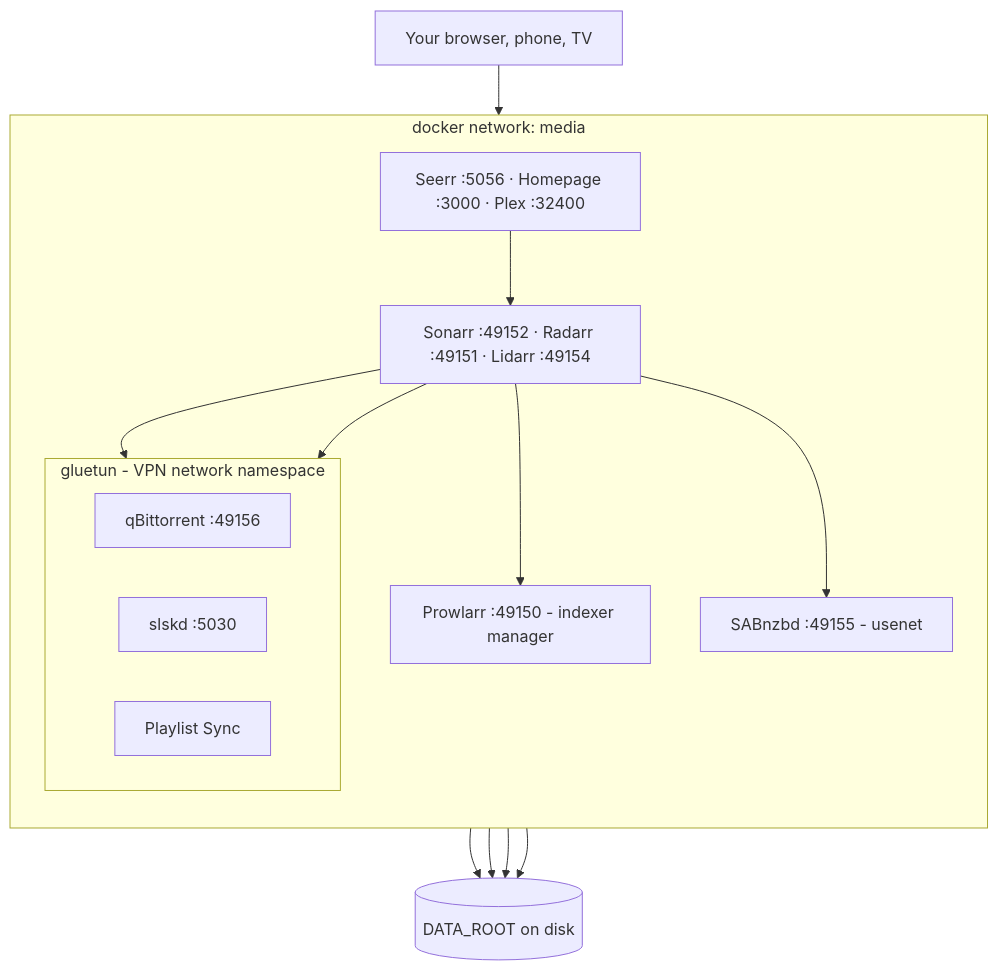
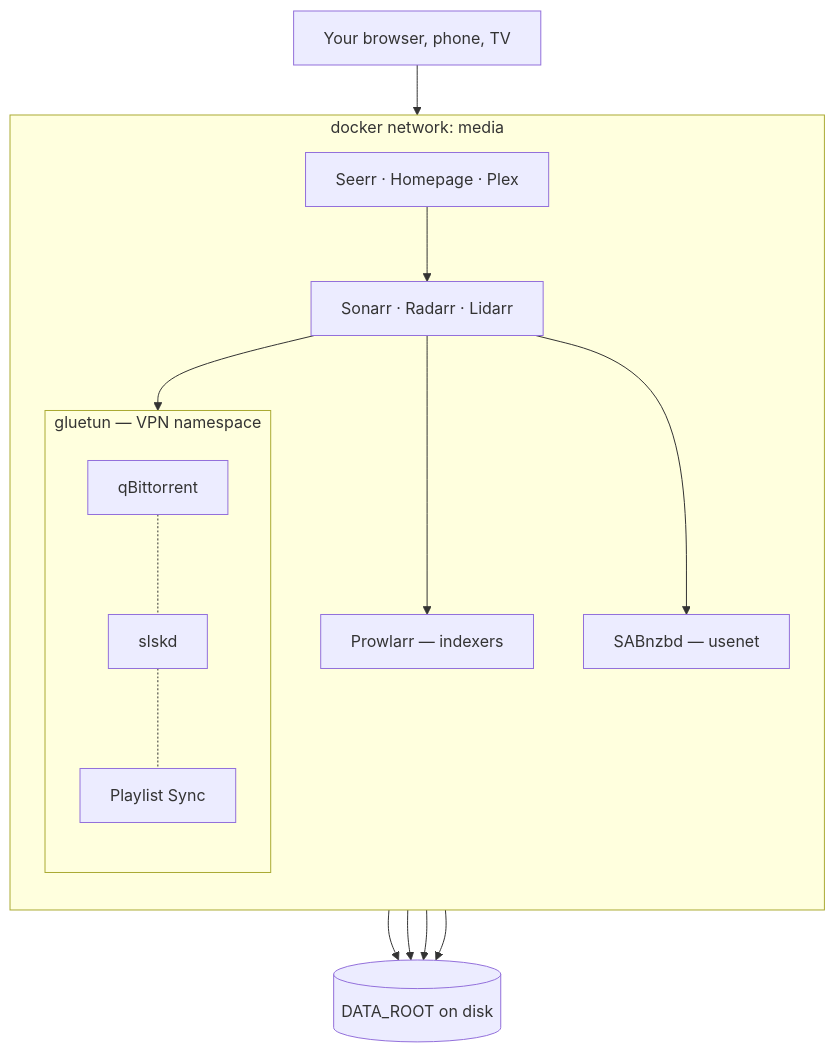
Before and after one commit to defessler/Mediarr-Installer: the first of 7 diagrams in site/content/architecture.md, drawn with Mermaid. The commit also changed other lines of this file and 5 other files, not shown here.

````diff
--- a/site/content/architecture.md
+++ b/site/content/architecture.md
@@ -19,32 +19,33 @@
 ```mermaid
 flowchart TB
   browser["Your browser, phone, TV"]
 
   subgraph media["docker network: media"]
     direction TB
-    front["Seerr :5056 · Homepage :3000 · Plex :32400"]
-    arrs["Sonarr :49152 · Radarr :49151 · Lidarr :49154"]
-    prowlarr["Prowlarr :49150 - indexer manager"]
-    sab["SABnzbd :49155 - usenet"]
+    front["Seerr · Homepage · Plex"]
+    arrs["Sonarr · Radarr · Lidarr"]
+    prowlarr["Prowlarr — indexers"]
+    sab["SABnzbd — usenet"]
 
-    subgraph gluetun["gluetun - VPN network namespace"]
-      direction LR
-      qbit["qBittorrent :49156"]
-      slskd["slskd :5030"]
+    subgraph gluetun["gluetun — VPN namespace"]
+      direction TB
+      qbit["qBittorrent"]
+      slskd["slskd"]
       psync["Playlist Sync"]
     end
   end
 
   disk[("DATA_ROOT on disk")]
 
   browser --> front
   front --> arrs
   arrs --> prowlarr
+  arrs --> sab
   arrs --> qbit
-  arrs --> sab
-  arrs --> slskd
+  qbit -.- slskd
+  slskd -.- psync
+  arrs --> disk
   qbit --> disk
   sab --> disk
-  arrs --> disk
   front --> disk
 ```
````
